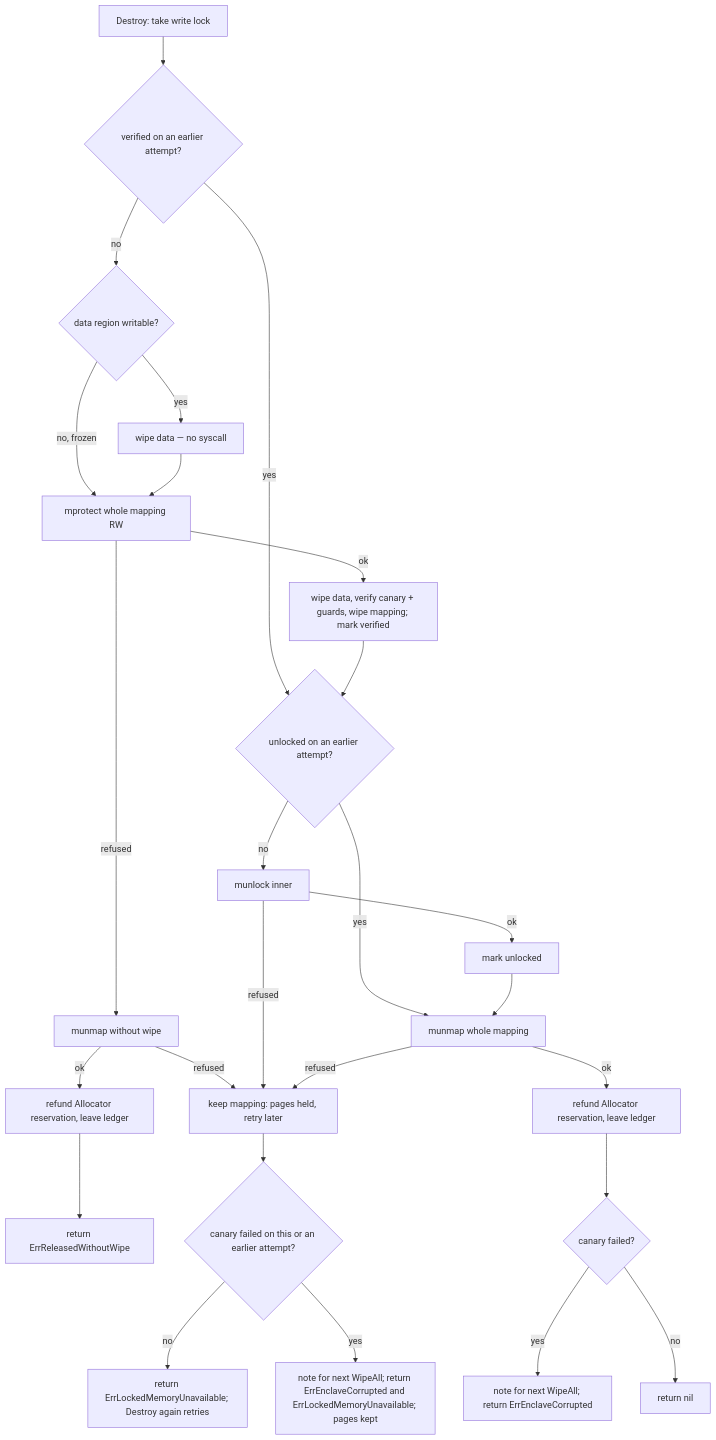
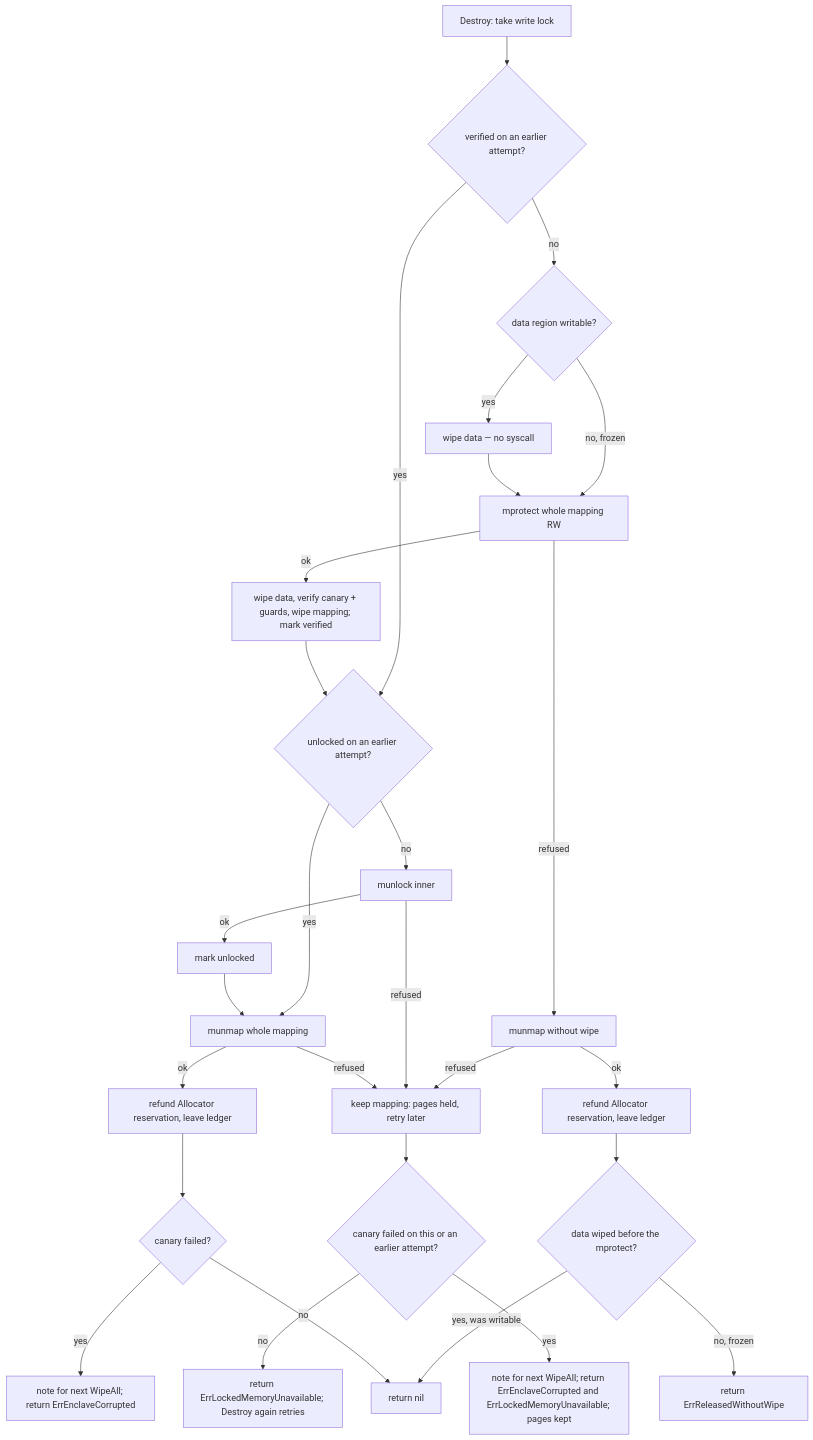
Before and after one commit to jeremyhahn/go-enclave: the second of 2 diagrams in docs/locked-memory/architecture.md, drawn with Mermaid. The commit also changed other lines of this file and 106 other files, not shown here.

````diff
--- a/docs/locked-memory/architecture.md
+++ b/docs/locked-memory/architecture.md
@@ -48,26 +48,28 @@
 ```mermaid
 flowchart TD
   A[Destroy: take write lock] --> V{verified on an earlier attempt?}
   V -- yes --> F
   V -- no --> B{data region writable?}
   B -- yes --> C[wipe data — no syscall]
   B -- no, frozen --> D
   C --> D[mprotect whole mapping RW]
   D -- refused --> U[munmap without wipe]
-  U -- ok --> UR[refund Allocator reservation, leave ledger] --> UW[return ErrReleasedWithoutWipe]
+  U -- ok --> UR[refund Allocator reservation, leave ledger] --> UQ{data wiped before the mprotect?}
+  UQ -- yes, was writable --> OK
+  UQ -- no, frozen --> UW[return ErrReleasedWithoutWipe]
   U -- refused --> H[keep mapping: pages held, retry later]
   D -- ok --> E[wipe data, verify canary + guards, wipe mapping; mark verified]
   E --> F{unlocked on an earlier attempt?}
   F -- yes --> G
   F -- no --> FL[munlock inner]
   FL -- refused --> H
   FL -- ok --> FU[mark unlocked] --> G[munmap whole mapping]
   G -- refused --> H
   G -- ok --> R[refund Allocator reservation, leave ledger]
   R --> P{canary failed?}
   P -- yes --> PC[note for next WipeAll; return ErrEnclaveCorrupted]
   P -- no --> OK[return nil]
   H --> HC{canary failed on this or an earlier attempt?}
   HC -- no --> HE[return ErrLockedMemoryUnavailable; Destroy again retries]
   HC -- yes --> HP[note for next WipeAll; return ErrEnclaveCorrupted and ErrLockedMemoryUnavailable; pages kept]
 ```
````
